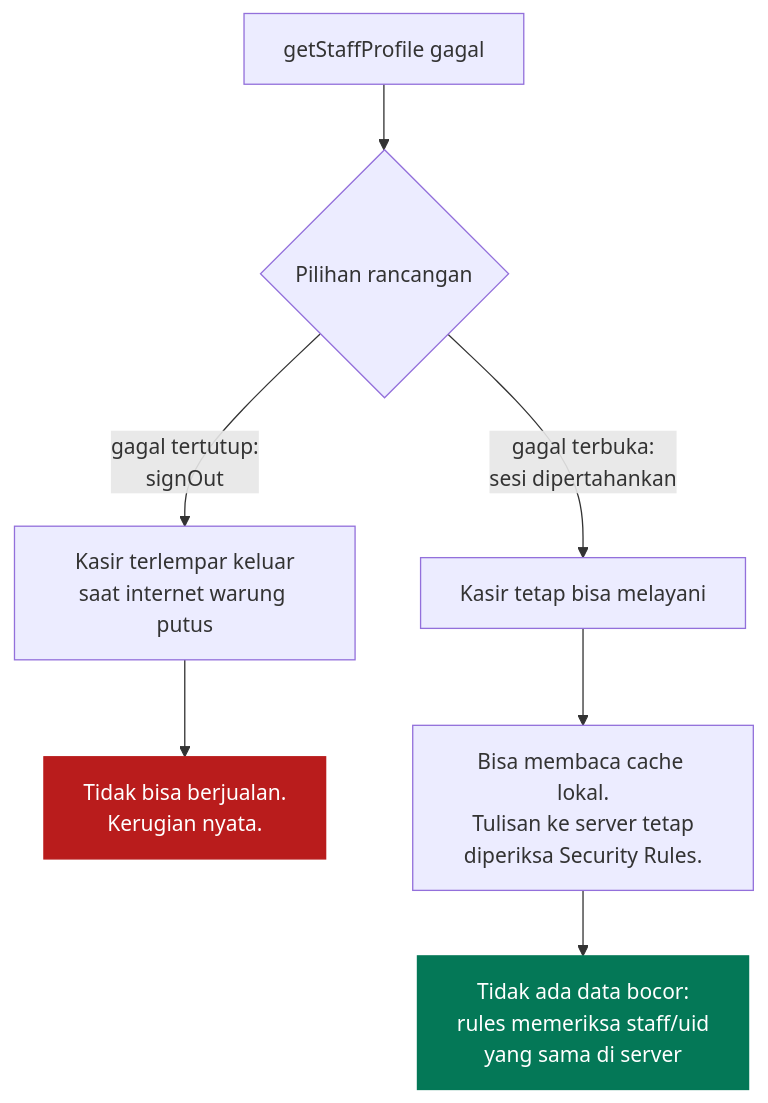
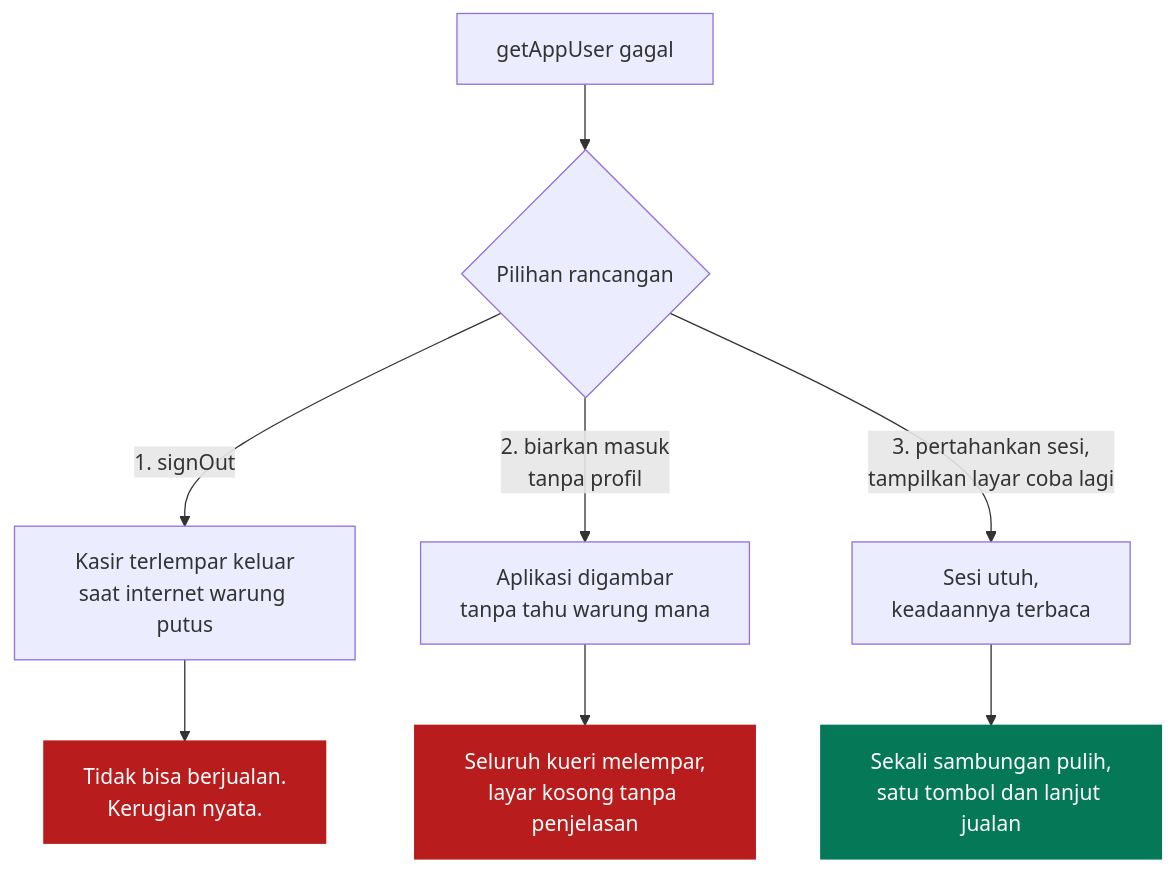
Before and after one commit to nadhimc/simple-pos-kkn-agung: the fifth of 8 diagrams in docs/autentikasi.md, drawn with Mermaid. The commit also changed other lines of this file and 10 other files, not shown here.

````diff
--- a/docs/autentikasi.md
+++ b/docs/autentikasi.md
@@ -149,16 +216,18 @@
 ```mermaid
 flowchart TD
-  A["getStaffProfile gagal"] --> B{"Pilihan rancangan"}
-  B -->|"gagal tertutup:<br/>signOut"| C["Kasir terlempar keluar<br/>saat internet warung putus"]
-  B -->|"gagal terbuka:<br/>sesi dipertahankan"| D["Kasir tetap bisa melayani"]
+  A["getAppUser gagal"] --> B{"Pilihan rancangan"}
 
-  C --> E["Tidak bisa berjualan.<br/>Kerugian nyata."]
-  D --> F["Bisa membaca cache lokal.<br/>Tulisan ke server tetap<br/>diperiksa Security Rules."]
+  B -->|"1. signOut"| C["Kasir terlempar keluar<br/>saat internet warung putus"]
+  C --> C1["Tidak bisa berjualan.<br/>Kerugian nyata."]
 
-  F --> G["Tidak ada data bocor:<br/>rules memeriksa staff/uid<br/>yang sama di server"]
+  B -->|"2. biarkan masuk<br/>tanpa profil"| D["Aplikasi digambar<br/>tanpa tahu warung mana"]
+  D --> D1["Seluruh kueri melempar,<br/>layar kosong tanpa penjelasan"]
+
+  B -->|"3. pertahankan sesi,<br/>tampilkan layar coba lagi"| E["Sesi utuh,<br/>keadaannya terbaca"]
+  E --> E1["Sekali sambungan pulih,<br/>satu tombol dan lanjut jualan"]
 
   classDef bad fill:#b91c1c,stroke:#b91c1c,color:#ffffff
   classDef good fill:#047857,stroke:#047857,color:#ffffff
-  class E bad
-  class G good
+  class C1,D1 bad
+  class E1 good
 ```
````
